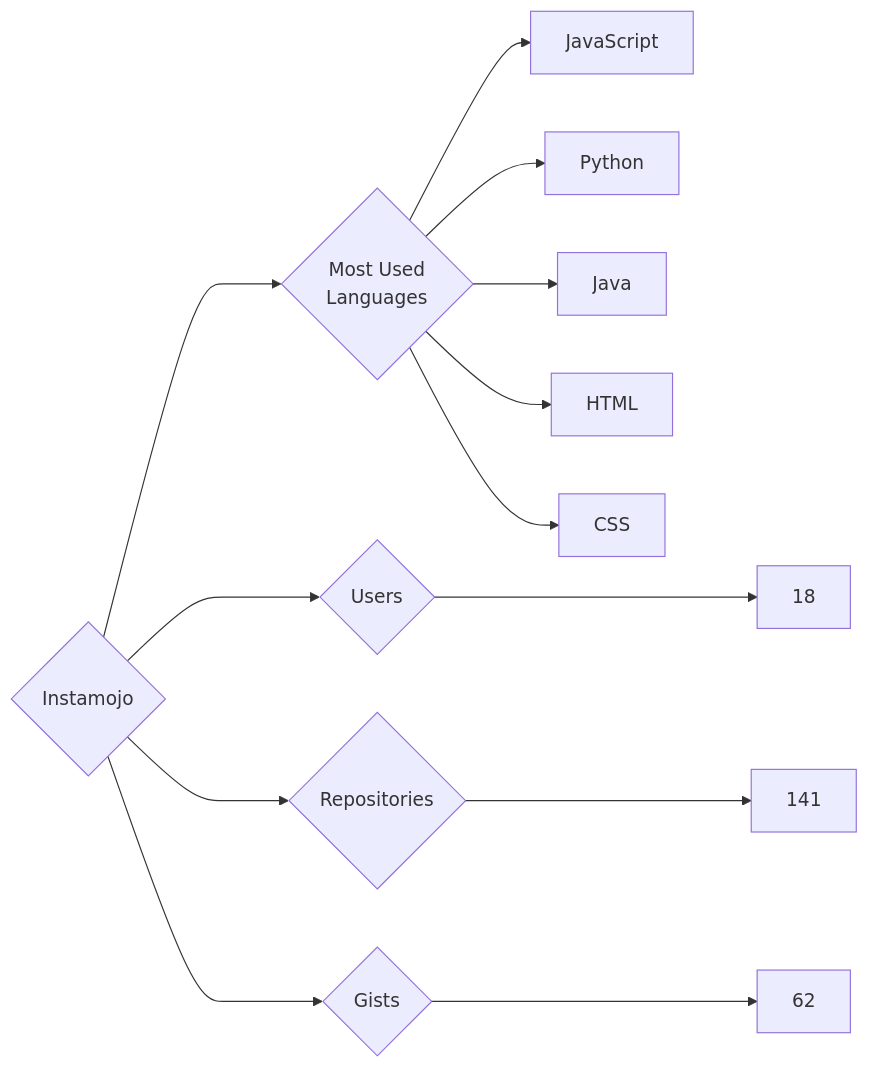
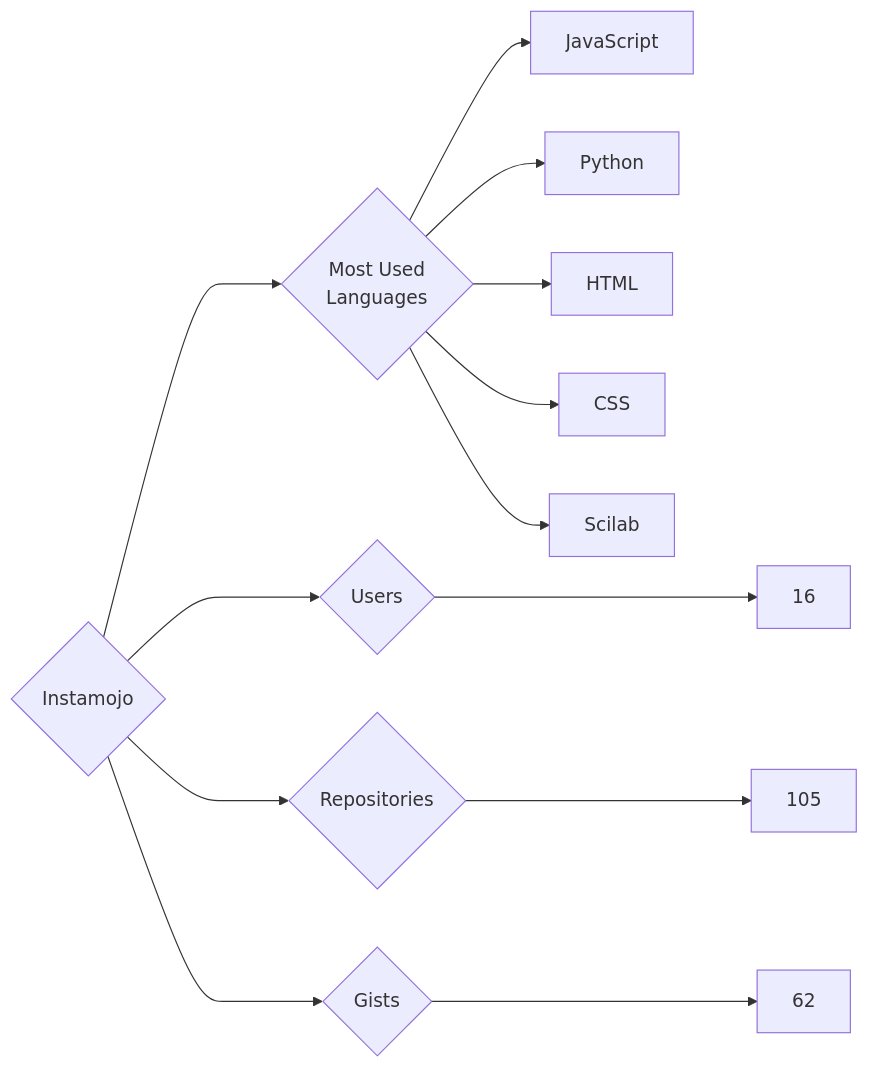
The diagram in targets/Instamojo/README.md (trickest/insiders), drawn with Mermaid before and after one commit. The commit also changed 930 other files, not shown here.

````diff
--- a/targets/Instamojo/README.md
+++ b/targets/Instamojo/README.md
@@ -3,13 +3,13 @@
 ```mermaid
 graph LR
 COMPANY_NAME{Instamojo}
-COMPANY_NAME ---> U{Users} ---> UN[18]
-COMPANY_NAME ---> R{Repositories} ---> RN[141]
+COMPANY_NAME ---> U{Users} ---> UN[16]
+COMPANY_NAME ---> R{Repositories} ---> RN[105]
 COMPANY_NAME ---> G{Gists} ---> GN[62]
 COMPANY_NAME ---> ML{Most Used<br>Languages}
 ML --> JavaScript[JavaScript]
 ML --> Python[Python]
-ML --> Java[Java]
 ML --> HTML[HTML]
 ML --> CSS[CSS]
+ML --> Scilab[Scilab]
 ```
````
